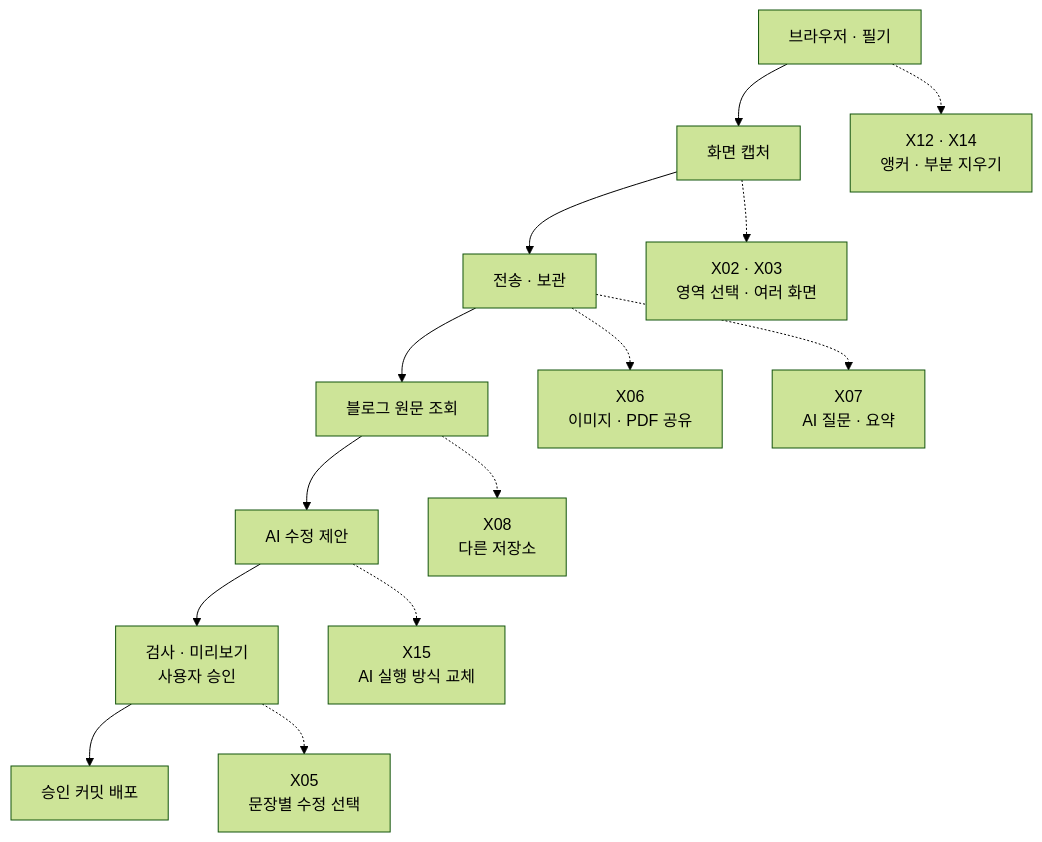
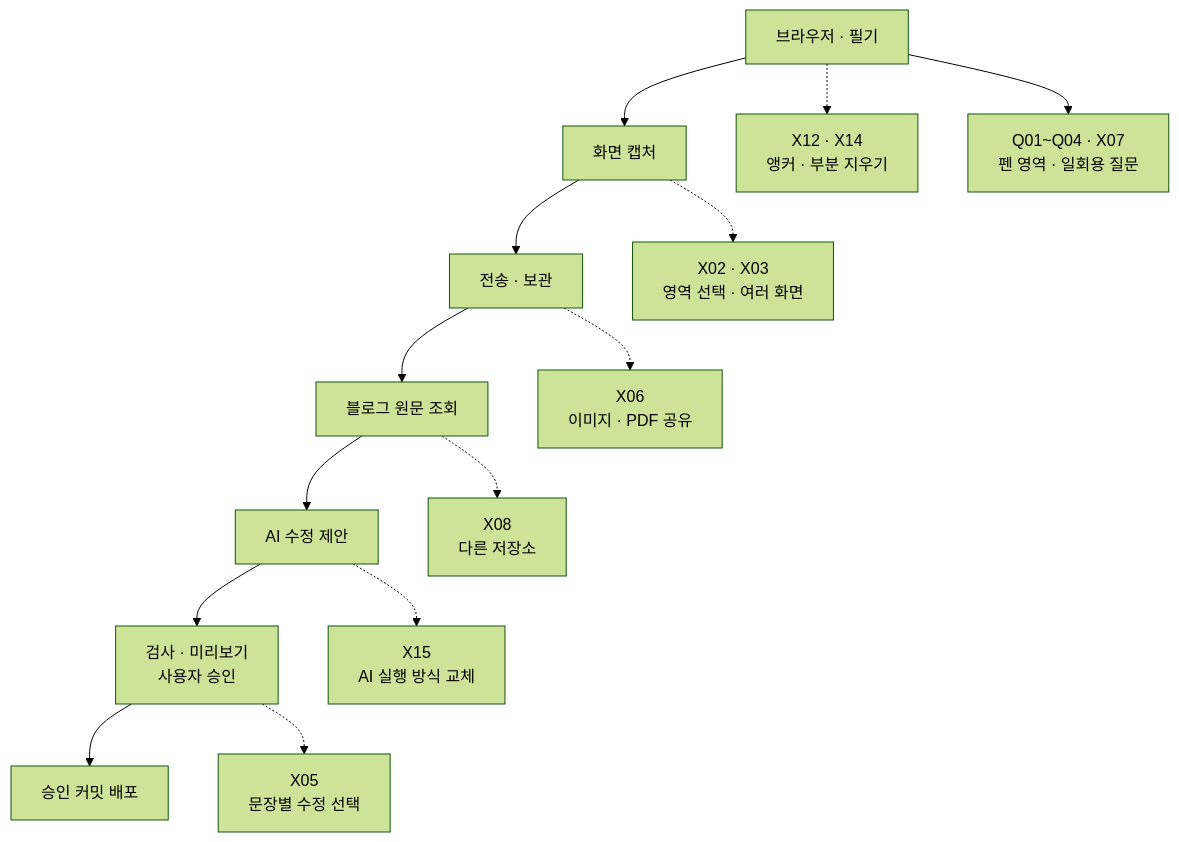
Before and after one commit to imjae/SketchBrowser: the second of 2 diagrams in docs/feature-map.md, drawn with Mermaid (forest theme). The commit also changed other lines of this file and 28 other files, not shown here.

````diff
--- a/docs/feature-map.md
+++ b/docs/feature-map.md
@@ -136,17 +151,17 @@
 ```mermaid
 flowchart TD
     INK[브라우저 · 필기] --> CAP[화면 캡처]
     CAP --> SEND[전송 · 보관]
     SEND --> BLOG[블로그 원문 조회]
     BLOG --> AI[AI 수정 제안]
     AI --> REVIEW["검사 · 미리보기<br/>사용자 승인"]
     REVIEW --> DEPLOY[승인 커밋 배포]
 
     INK -.-> ANCHOR["X12 · X14<br/>앵커 · 부분 지우기"]
     CAP -.-> REGION["X02 · X03<br/>영역 선택 · 여러 화면"]
     SEND -.-> SHARE["X06<br/>이미지 · PDF 공유"]
-    SEND -.-> ASK["X07<br/>AI 질문 · 요약"]
+    INK --> ASK["Q01~Q04 · X07<br/>펜 영역 · 일회용 질문"]
     BLOG -.-> TARGET["X08<br/>다른 저장소"]
     AI -.-> MODEL["X15<br/>AI 실행 방식 교체"]
     REVIEW -.-> PART["X05<br/>문장별 수정 선택"]
 ```
````
